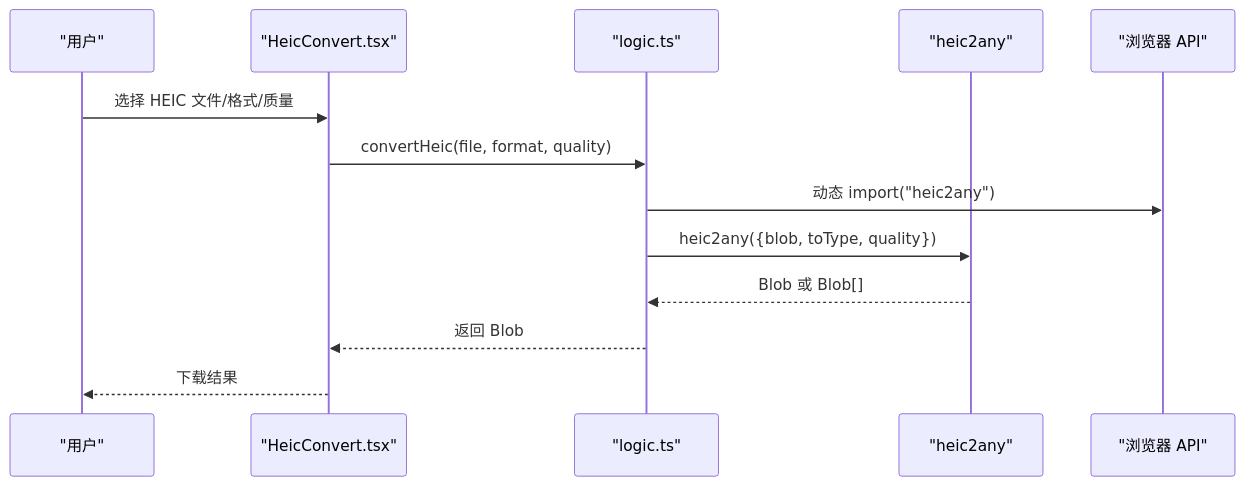
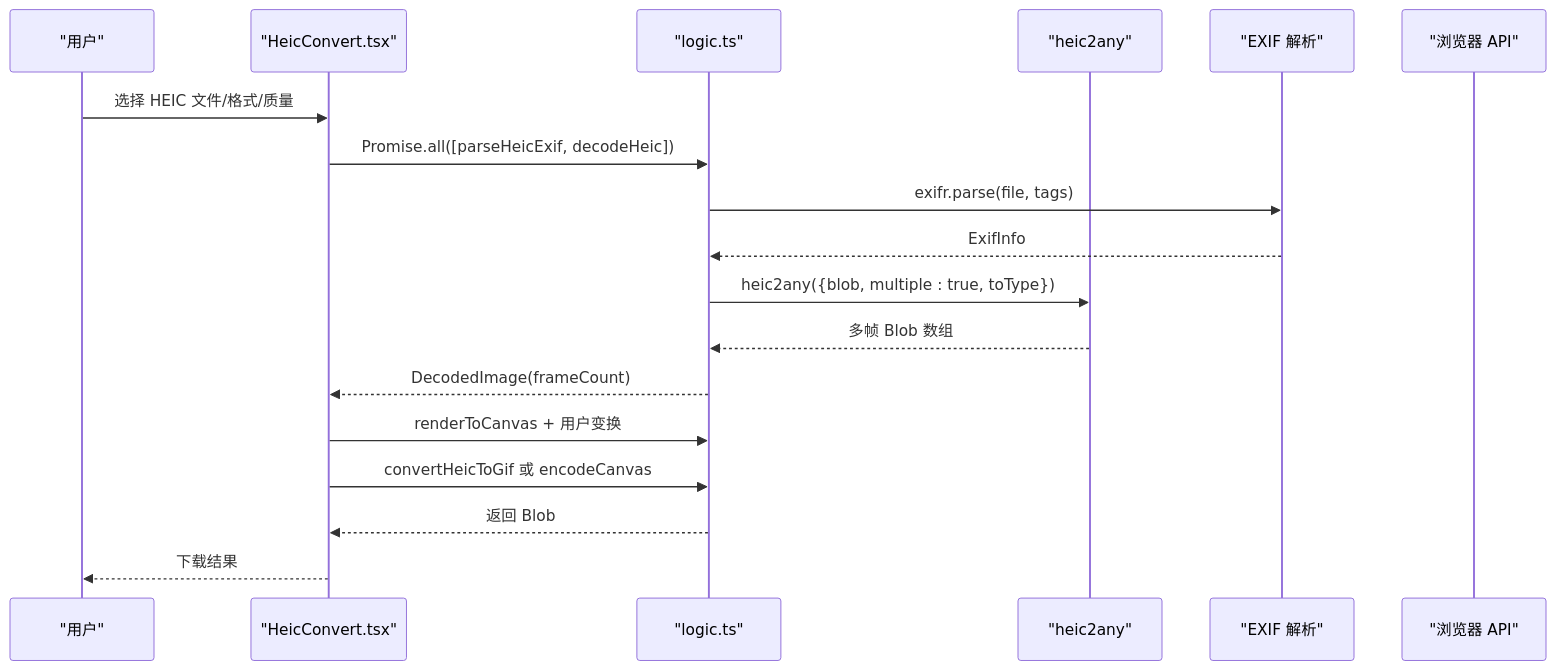
Before and after one commit to sgyy/privadeck: the fourth of 7 diagrams in .qoder/repowiki/zh/content/图像工具/专用转换.md, drawn with Mermaid. The commit also changed other lines of this file and 5 other files, not shown here.

First line of the commit message:
feat(heic): 重构HEIC转换工具，支持EXIF解析和图像编辑

````diff
--- a/.qoder/repowiki/zh/content/图像工具/专用转换.md
+++ b/.qoder/repowiki/zh/content/图像工具/专用转换.md
@@ -180,15 +228,20 @@
 ```mermaid
 sequenceDiagram
 participant U as "用户"
 participant C as "HeicConvert.tsx"
 participant L as "logic.ts"
 participant H as "heic2any"
+participant E as "EXIF 解析"
 participant B as "浏览器 API"
 U->>C : 选择 HEIC 文件/格式/质量
-C->>L : convertHeic(file, format, quality)
-L->>B : 动态 import("heic2any")
-L->>H : heic2any({blob, toType, quality})
-H-->>L : Blob 或 Blob[]
+C->>L : Promise.all([parseHeicExif, decodeHeic])
+L->>E : exifr.parse(file, tags)
+E-->>L : ExifInfo
+L->>H : heic2any({blob, multiple : true, toType})
+H-->>L : 多帧 Blob 数组
+L-->>C : DecodedImage(frameCount)
+C->>L : renderToCanvas + 用户变换
+C->>L : convertHeicToGif 或 encodeCanvas
 L-->>C : 返回 Blob
 C-->>U : 下载结果
 ```
````
